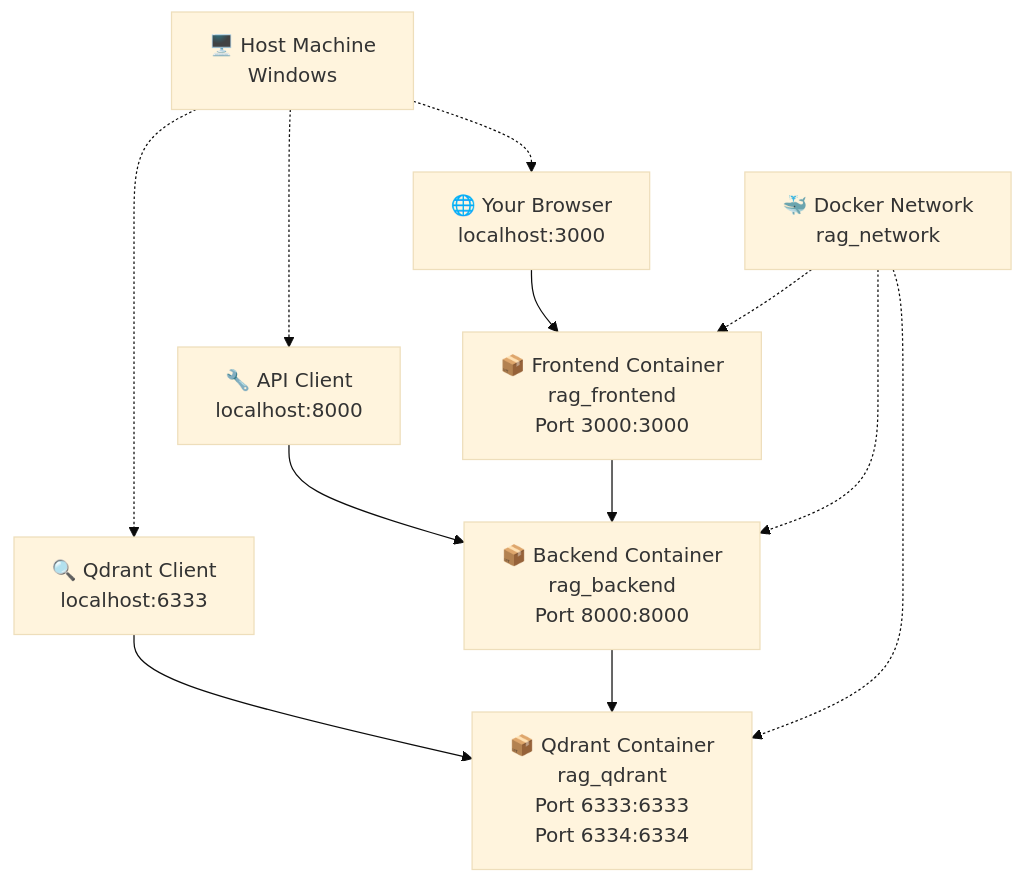
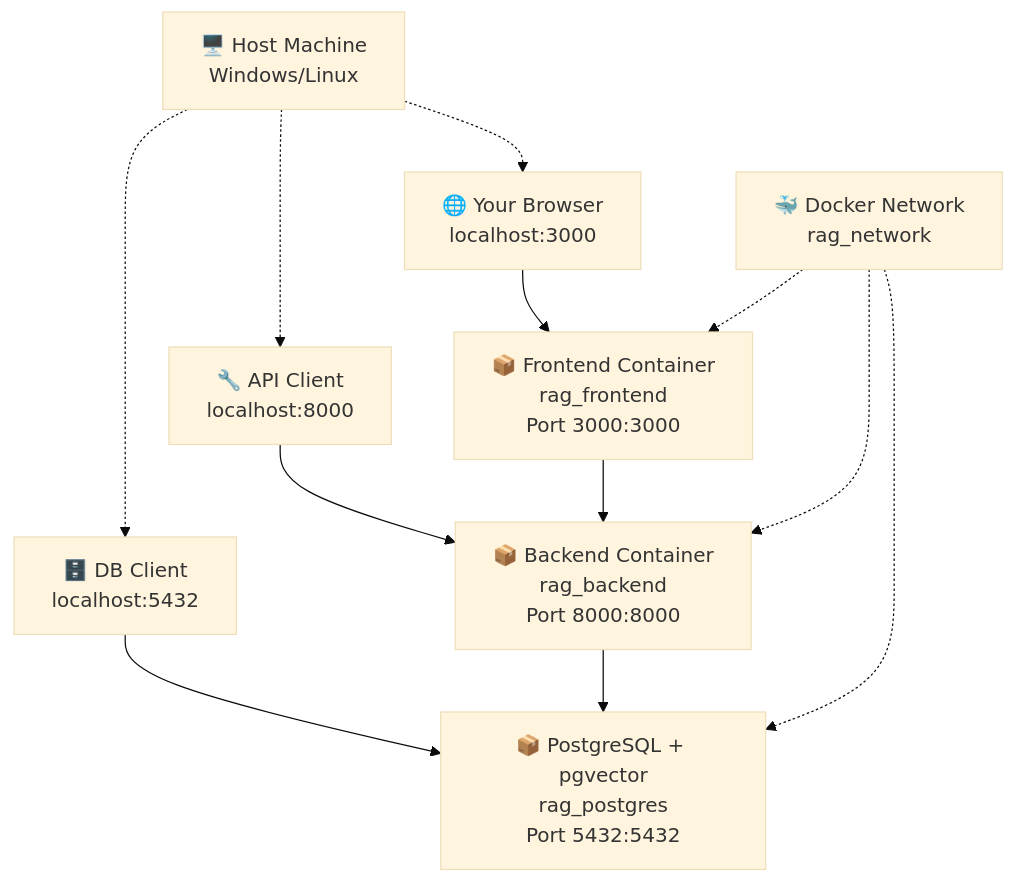
One commit to AITrekker/RAG changed the diagram in docs/OPERATIONS_GUIDE.md. Above: the diagram before and after it, drawn with Mermaid (base theme). The commit also changed other lines of this file and 41 other files, not shown here.

````diff
--- a/docs/OPERATIONS_GUIDE.md
+++ b/docs/OPERATIONS_GUIDE.md
@@ -17,17 +17,17 @@
 ```mermaid
 graph TD
     A["🌐 Your Browser<br/>localhost:3000"] --> B["📦 Frontend Container<br/>rag_frontend<br/>Port 3000:3000"]
     C["🔧 API Client<br/>localhost:8000"] --> D["📦 Backend Container<br/>rag_backend<br/>Port 8000:8000"]
-    E["🔍 Qdrant Client<br/>localhost:6333"] --> F["📦 Qdrant Container<br/>rag_qdrant<br/>Port 6333:6333<br/>Port 6334:6334"]
+    E["🗄️ DB Client<br/>localhost:5432"] --> F["📦 PostgreSQL + pgvector<br/>rag_postgres<br/>Port 5432:5432"]
     
     B --> D
     D --> F
     
-    G["🖥️ Host Machine<br/>Windows"] -.-> A
+    G["🖥️ Host Machine<br/>Windows/Linux"] -.-> A
     G -.-> C  
     G -.-> E
     
     H["🐳 Docker Network<br/>rag_network"] -.-> B
     H -.-> D
     H -.-> F
 ```
````
